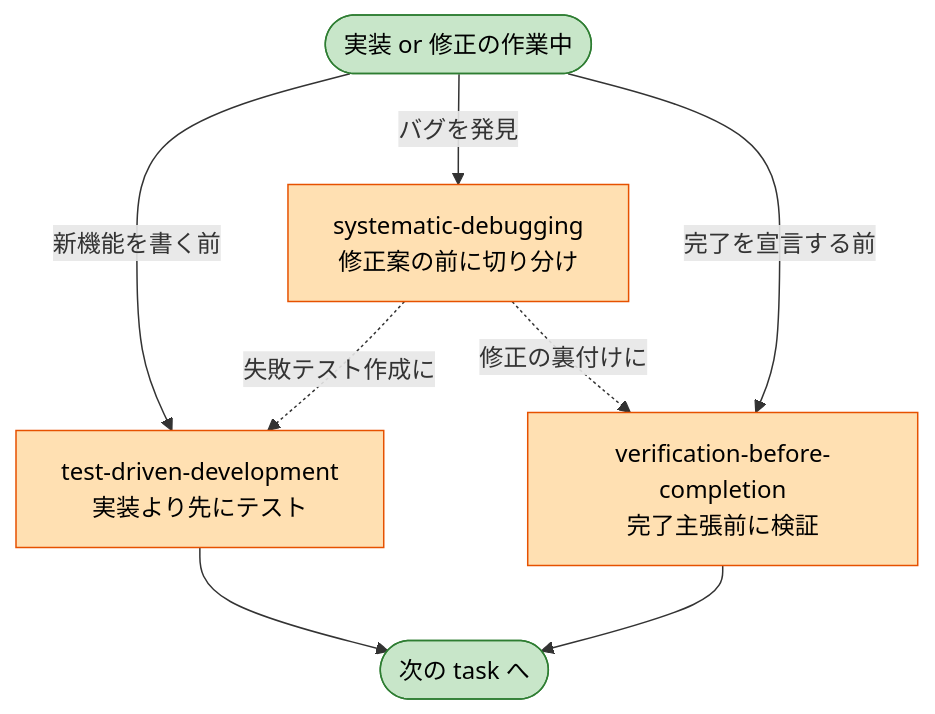
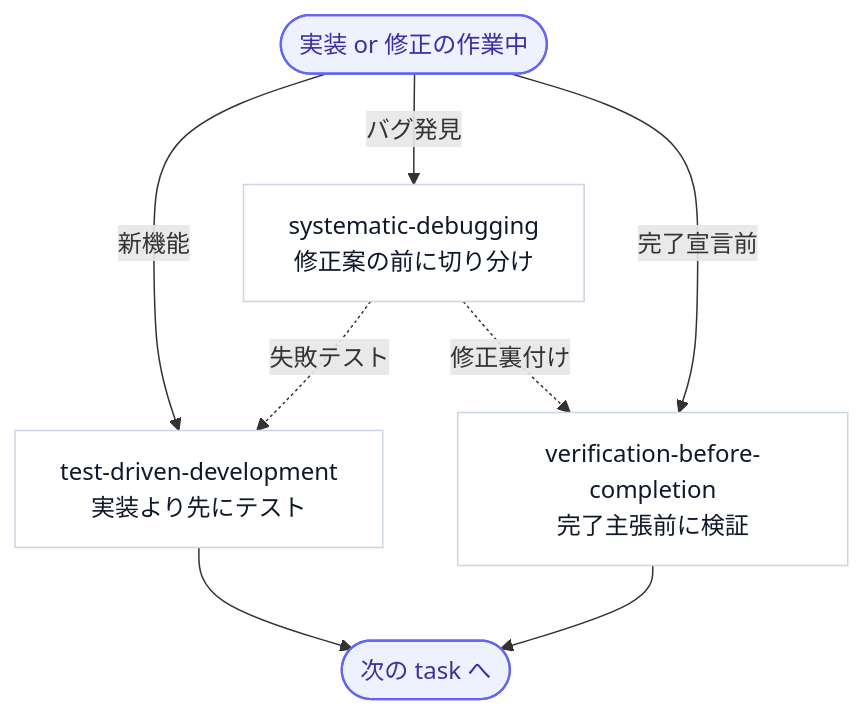
One commit to yasainet/dotfiles changed the second of 3 diagrams in dot-claude/docs/superpowers/flowchart.md. Above: the diagram before and after it, drawn with Mermaid. The commit also changed other lines of this file, not shown here.

First line of the commit message:
style(claude): superpowers flowchart にモダンでミニマルなデザインを適用

````diff
--- a/dot-claude/docs/superpowers/flowchart.md
+++ b/dot-claude/docs/superpowers/flowchart.md
@@ -45,21 +53,27 @@
 ```mermaid
+%%{init: {'theme':'base', 'themeVariables': {
+  'fontFamily': 'ui-sans-serif, -apple-system, BlinkMacSystemFont, "Segoe UI", sans-serif',
+  'fontSize': '14px',
+  'lineColor': '#94a3b8',
+  'edgeLabelBackground': '#ffffff'
+}}}%%
 flowchart TD
     IMPL([実装 or 修正の作業中])
     TDD[test-driven-development<br/>実装より先にテスト]
     SD[systematic-debugging<br/>修正案の前に切り分け]
     VBC[verification-before-completion<br/>完了主張前に検証]
     NEXT([次の task へ])
 
-    IMPL -->|新機能を書く前| TDD
-    IMPL -->|バグを発見| SD
-    IMPL -->|完了を宣言する前| VBC
-    SD -.失敗テスト作成に.-> TDD
-    SD -.修正の裏付けに.-> VBC
+    IMPL -->|新機能| TDD
+    IMPL -->|バグ発見| SD
+    IMPL -->|完了宣言前| VBC
+    SD -.失敗テスト.-> TDD
+    SD -.修正裏付け.-> VBC
     TDD --> NEXT
     VBC --> NEXT
 
-    classDef discipline fill:#ffe0b2,stroke:#e65100,color:#000
-    classDef terminal fill:#c8e6c9,stroke:#2e7d32,color:#000
-    class TDD,SD,VBC discipline
+    classDef skill fill:#ffffff,stroke:#cbd5e1,stroke-width:1px,color:#0f172a
+    classDef terminal fill:#eef2ff,stroke:#6366f1,stroke-width:1.5px,color:#3730a3
+    class TDD,SD,VBC skill
     class IMPL,NEXT terminal
 ```
````
